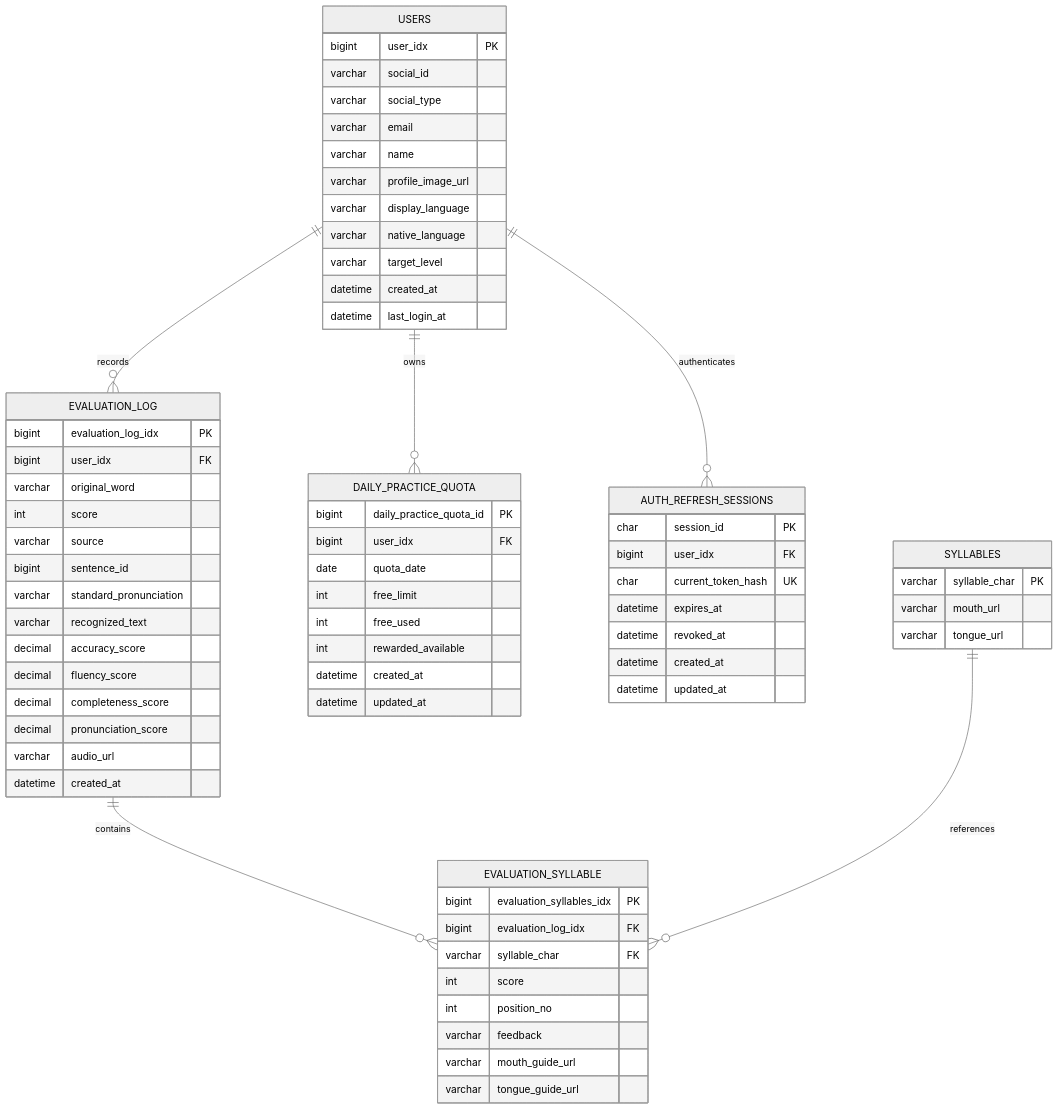
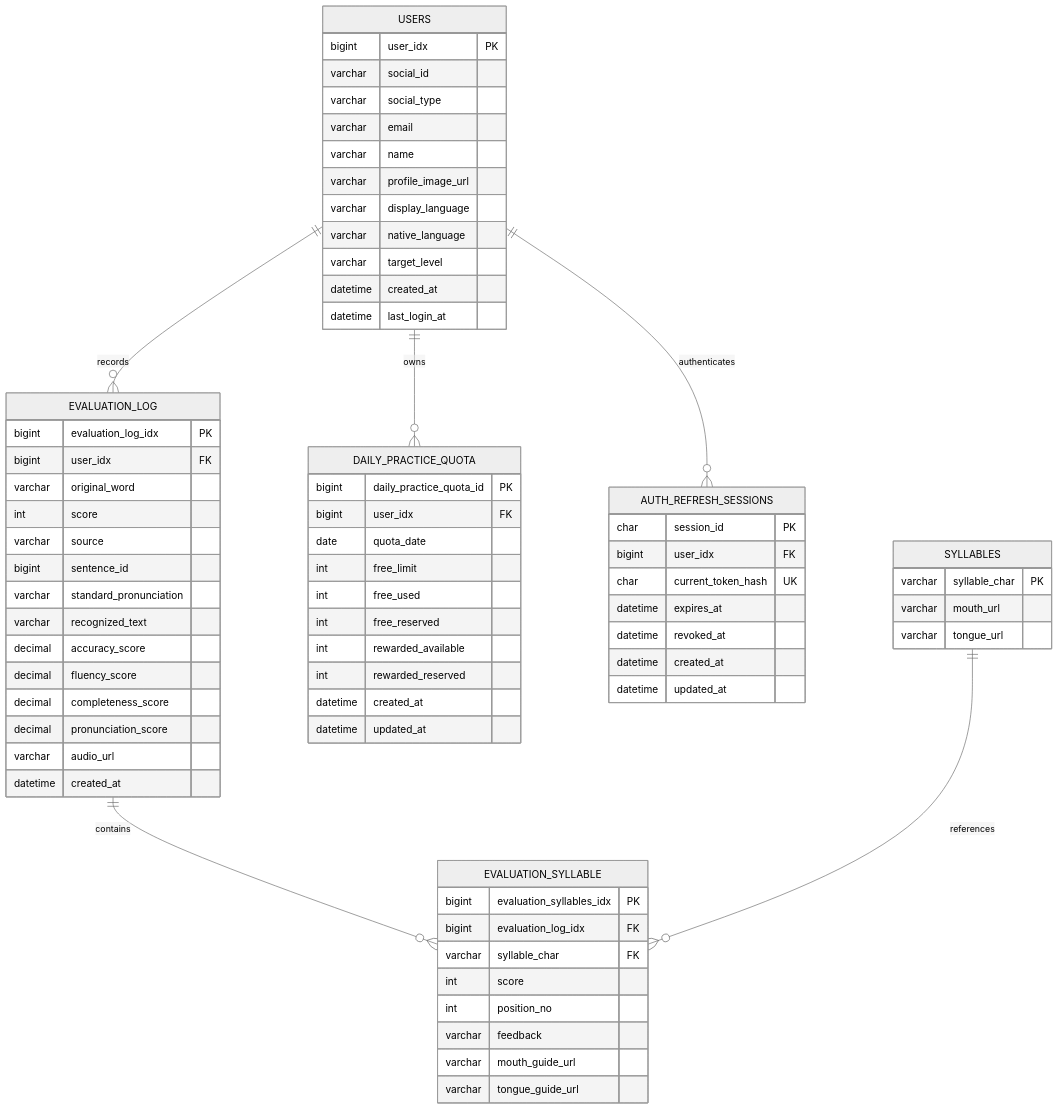
One commit to byeok99/LingKo changed the diagram in docs/data/data-model.md. Above: the diagram before and after it, drawn with Mermaid (neutral theme). The commit also changed other lines of this file and 30 other files, not shown here.

````diff
--- a/docs/data/data-model.md
+++ b/docs/data/data-model.md
@@ -5,77 +5,79 @@
 ```mermaid
  erDiagram
     USERS ||--o{ EVALUATION_LOG : records
     USERS ||--o{ DAILY_PRACTICE_QUOTA : owns
     USERS ||--o{ AUTH_REFRESH_SESSIONS : authenticates
     EVALUATION_LOG ||--o{ EVALUATION_SYLLABLE : contains
     SYLLABLES ||--o{ EVALUATION_SYLLABLE : references
 
     USERS {
       bigint user_idx PK
       varchar social_id
       varchar social_type
       varchar email
       varchar name
       varchar profile_image_url
       varchar display_language
       varchar native_language
       varchar target_level
       datetime created_at
       datetime last_login_at
     }
 
     EVALUATION_LOG {
       bigint evaluation_log_idx PK
       bigint user_idx FK
       varchar original_word
       int score
       varchar source
       bigint sentence_id
       varchar standard_pronunciation
       varchar recognized_text
       decimal accuracy_score
       decimal fluency_score
       decimal completeness_score
       decimal pronunciation_score
       varchar audio_url
       datetime created_at
     }
 
     EVALUATION_SYLLABLE {
       bigint evaluation_syllables_idx PK
       bigint evaluation_log_idx FK
       varchar syllable_char FK
       int score
       int position_no
       varchar feedback
       varchar mouth_guide_url
       varchar tongue_guide_url
     }
 
     SYLLABLES {
       varchar syllable_char PK
       varchar mouth_url
       varchar tongue_url
     }
 
     DAILY_PRACTICE_QUOTA {
       bigint daily_practice_quota_id PK
       bigint user_idx FK
       date quota_date
       int free_limit
       int free_used
+      int free_reserved
       int rewarded_available
+      int rewarded_reserved
       datetime created_at
       datetime updated_at
     }
 
     AUTH_REFRESH_SESSIONS {
       char session_id PK
       bigint user_idx FK
       char current_token_hash UK
       datetime expires_at
       datetime revoked_at
       datetime created_at
       datetime updated_at
     }
 ```
````
